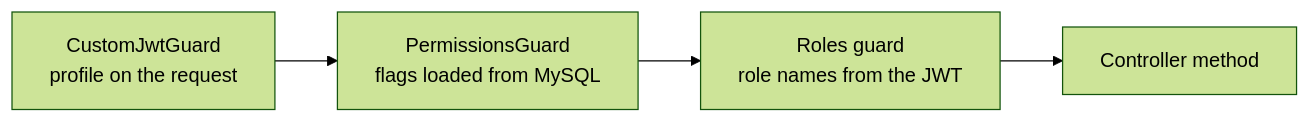
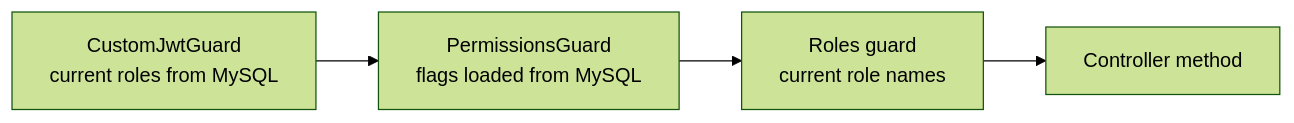
The fifth of 5 diagrams in docs/architecture/ARCHITECTURE.md (faraz455/nestjs-prisma-mysql), drawn with Mermaid (forest theme) before and after one commit. The commit also changed other lines of this file and 8 other files, not shown here.

````diff
--- a/docs/architecture/ARCHITECTURE.md
+++ b/docs/architecture/ARCHITECTURE.md
@@ -84,6 +84,6 @@
 ```mermaid
 flowchart LR
-  jwt["CustomJwtGuard<br/>profile on the request"] --> perms["PermissionsGuard<br/>flags loaded from MySQL"]
-  perms --> roles["Roles guard<br/>role names from the JWT"]
+  jwt["CustomJwtGuard<br/>current roles from MySQL"] --> perms["PermissionsGuard<br/>flags loaded from MySQL"]
+  perms --> roles["Roles guard<br/>current role names"]
   roles --> handler["Controller method"]
 ```
````
